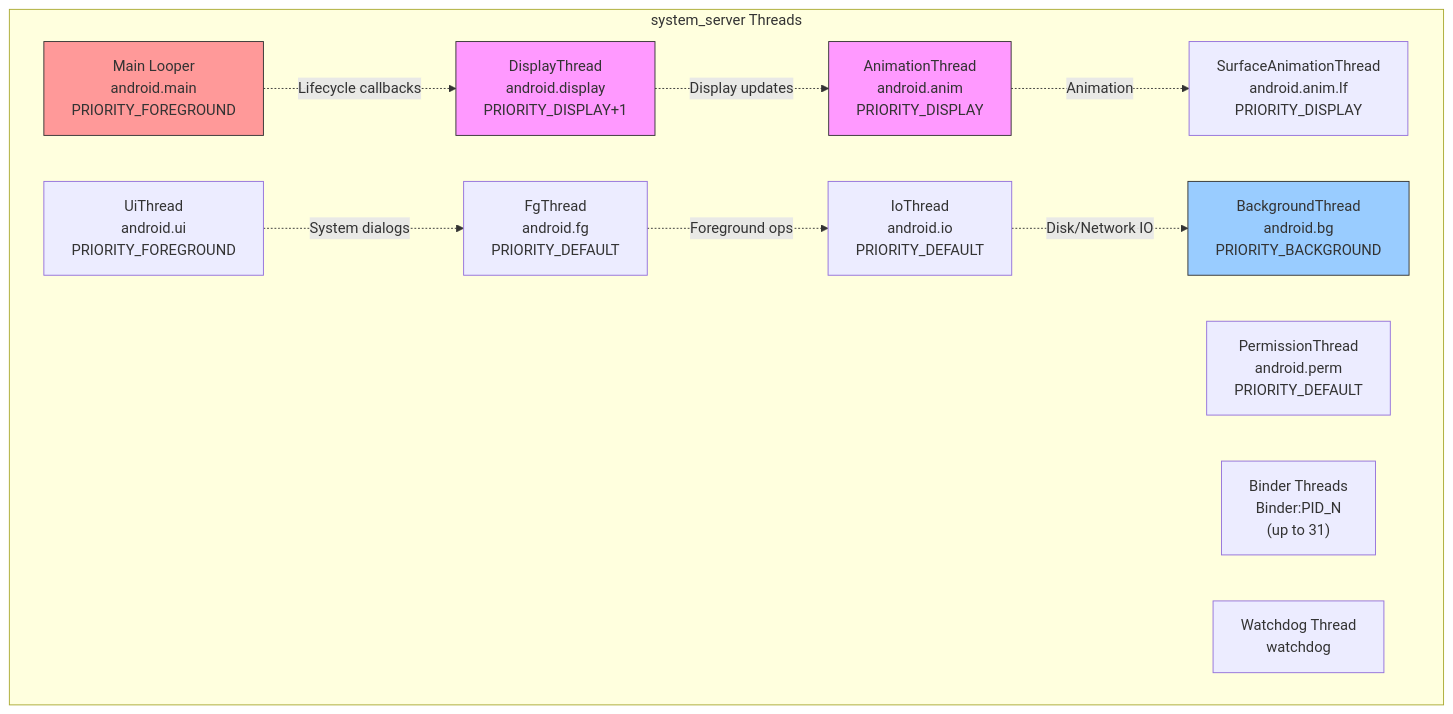
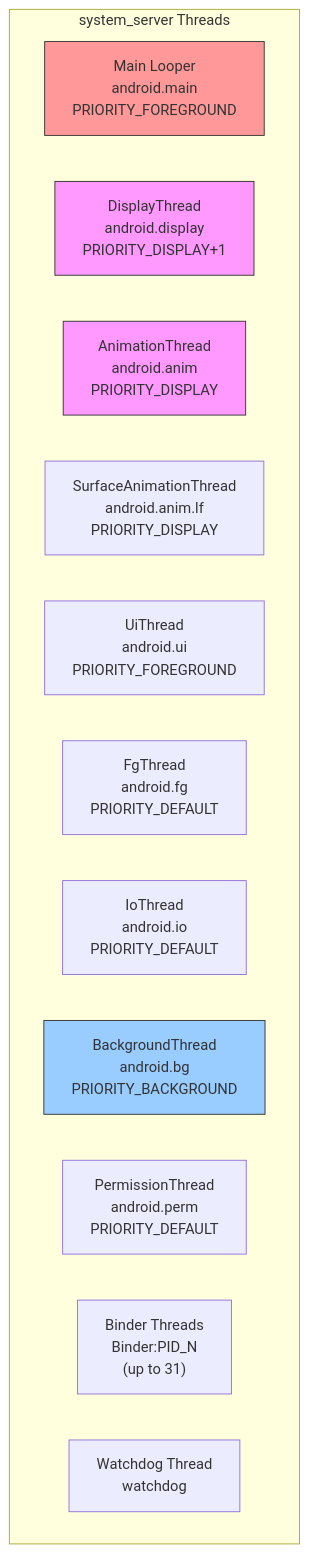
The sixth of 24 diagrams in agents/claude/skills/aosp-framework-core/20-system-server.md (aospbooks/aosp-internal-book), drawn with Mermaid before and after one commit. The commit also changed other lines of this file and 218 other files, not shown here.

````diff
--- a/agents/claude/skills/aosp-framework-core/20-system-server.md
+++ b/agents/claude/skills/aosp-framework-core/20-system-server.md
@@ -1557,28 +1566,21 @@
 ```mermaid
 graph TB
     subgraph "system_server Threads"
         ML["Main Looper<br/>android.main<br/>PRIORITY_FOREGROUND"]
         DT["DisplayThread<br/>android.display<br/>PRIORITY_DISPLAY+1"]
         AT["AnimationThread<br/>android.anim<br/>PRIORITY_DISPLAY"]
         SAT["SurfaceAnimationThread<br/>android.anim.lf<br/>PRIORITY_DISPLAY"]
         UT["UiThread<br/>android.ui<br/>PRIORITY_FOREGROUND"]
         FT["FgThread<br/>android.fg<br/>PRIORITY_DEFAULT"]
         IT["IoThread<br/>android.io<br/>PRIORITY_DEFAULT"]
         BT["BackgroundThread<br/>android.bg<br/>PRIORITY_BACKGROUND"]
         PT["PermissionThread<br/>android.perm<br/>PRIORITY_DEFAULT"]
         BT2["Binder Threads<br/>Binder:PID_N<br/>(up to 31)"]
         WD["Watchdog Thread<br/>watchdog"]
     end
 
-    ML -.->|"Lifecycle callbacks"| DT
-    DT -.->|"Display updates"| AT
-    AT -.->|"Animation"| SAT
-    UT -.->|"System dialogs"| FT
-    FT -.->|"Foreground ops"| IT
-    IT -.->|"Disk/Network IO"| BT
-
     style ML fill:#f99,stroke:#333
     style DT fill:#f9f,stroke:#333
     style AT fill:#f9f,stroke:#333
     style BT fill:#9cf,stroke:#333
 ```
````
